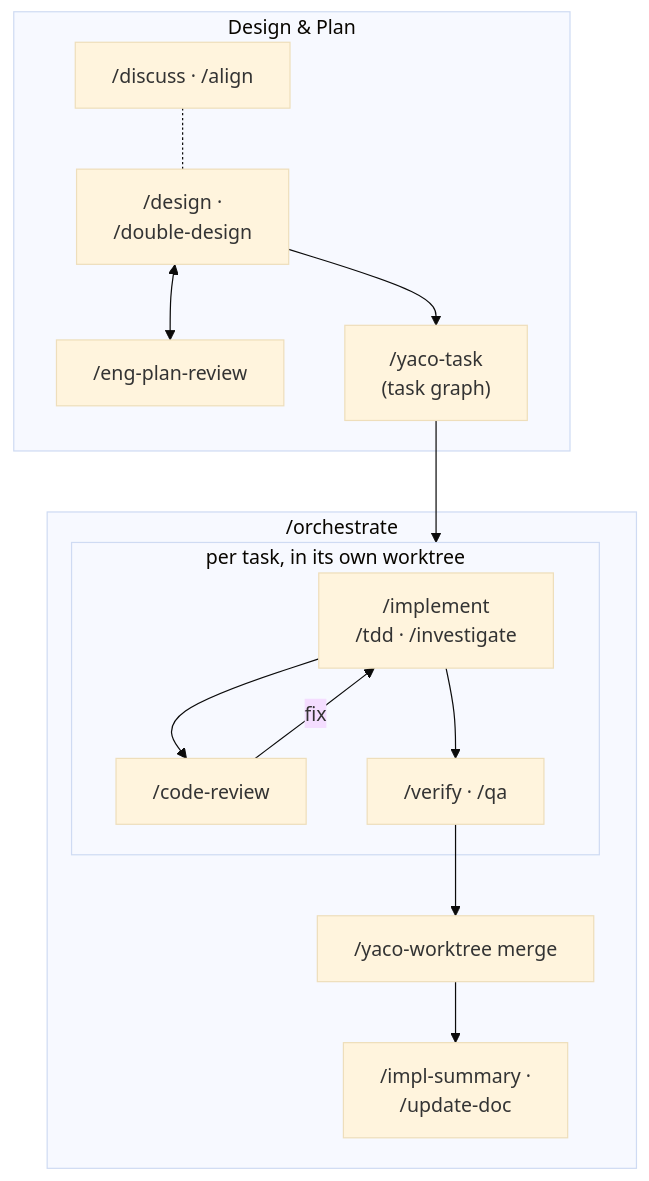
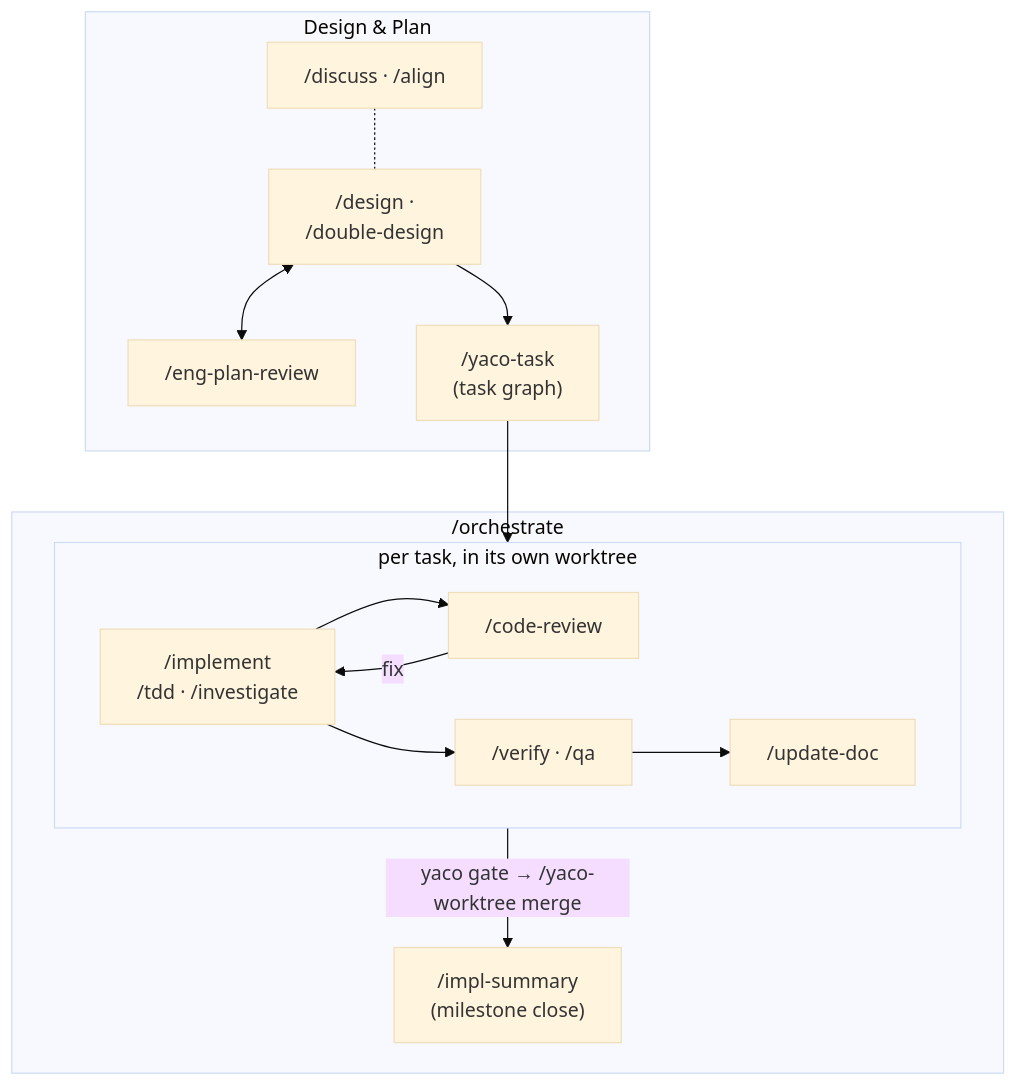
The diagram in README.md (imoonkey/yaco), drawn with Mermaid (base theme) before and after one commit.

Commit message:
docs(readme): chart matches the real flow — per-task update-doc + gate/merge exit edge, impl-summary at milestone close

````diff
--- a/README.md
+++ b/README.md
@@ -115,18 +115,18 @@
 ```mermaid
 flowchart TD
     subgraph DE ["Design & Plan"]
         D["/design ·<br>/double-design"] <--> EPR["/eng-plan-review"]
         DIS["/discuss · /align"] -.- D
         D --> TG["/yaco-task<br>(task graph)"]
     end
     subgraph OR ["/orchestrate"]
         subgraph BU ["per task, in its own worktree"]
             I["/implement<br>/tdd · /investigate"] --> CR["/code-review"]
             CR -->|fix| I
             I --> V["/verify · /qa"]
+            V --> U["/update-doc"]
         end
-        V --> M["/yaco-worktree merge"]
-        M --> IS["/impl-summary ·<br>/update-doc"]
+        BU -->|"yaco gate → /yaco-worktree merge"| IS["/impl-summary<br>(milestone close)"]
     end
     TG --> BU
 ```
````
